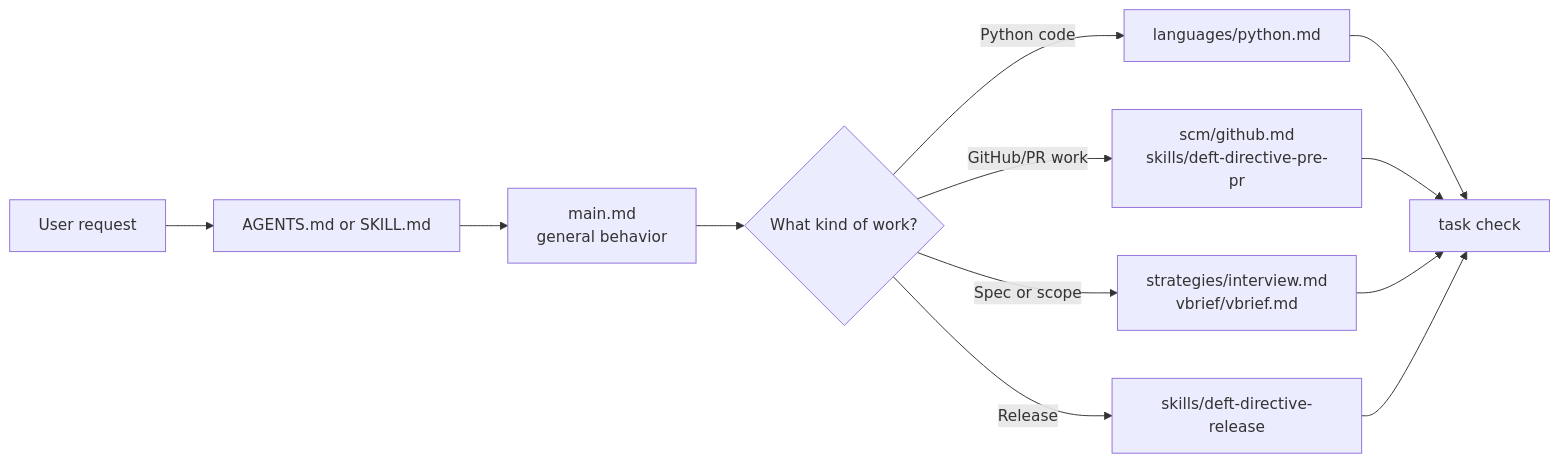
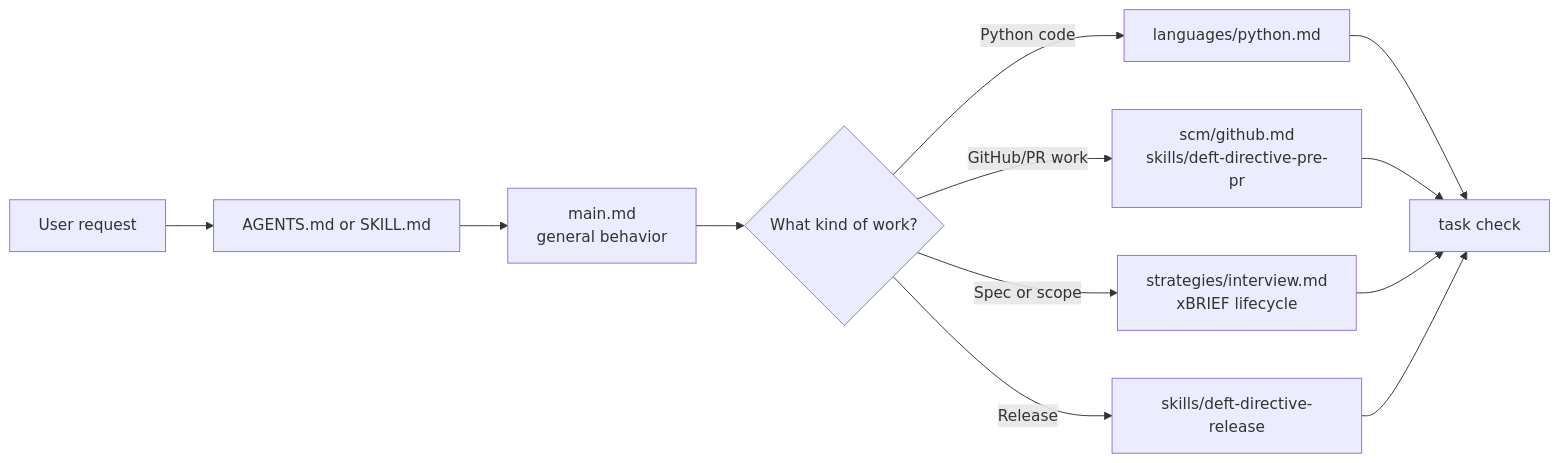
The first of 7 diagrams in docs/CONCEPTS.md (deftai/directive), drawn with Mermaid before and after one commit. The commit also changed other lines of this file and 9 other files, not shown here.

````diff
--- a/docs/CONCEPTS.md
+++ b/docs/CONCEPTS.md
@@ -39,14 +41,14 @@
 ```mermaid
 flowchart LR
     Request["User request"] --> Entry["AGENTS.md or SKILL.md"]
     Entry --> Core["main.md<br/>general behavior"]
     Core --> Decide{"What kind of work?"}
     Decide -->|"Python code"| Py["languages/python.md"]
     Decide -->|"GitHub/PR work"| SCM["scm/github.md<br/>skills/deft-directive-pre-pr"]
-    Decide -->|"Spec or scope"| Strategy["strategies/interview.md<br/>vbrief/vbrief.md"]
+    Decide -->|"Spec or scope"| Strategy["strategies/interview.md<br/>xBRIEF lifecycle"]
     Decide -->|"Release"| Release["skills/deft-directive-release"]
     Py --> Gate["task check"]
     SCM --> Gate
     Strategy --> Gate
     Release --> Gate
 ```
````
